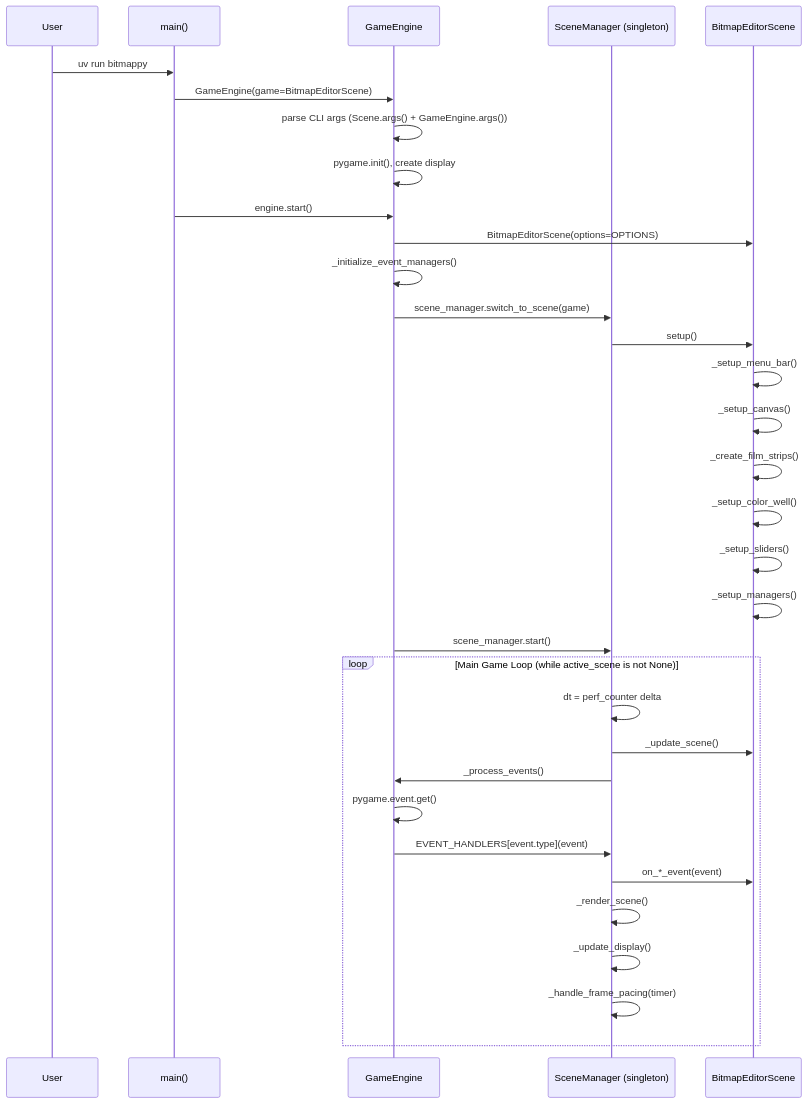
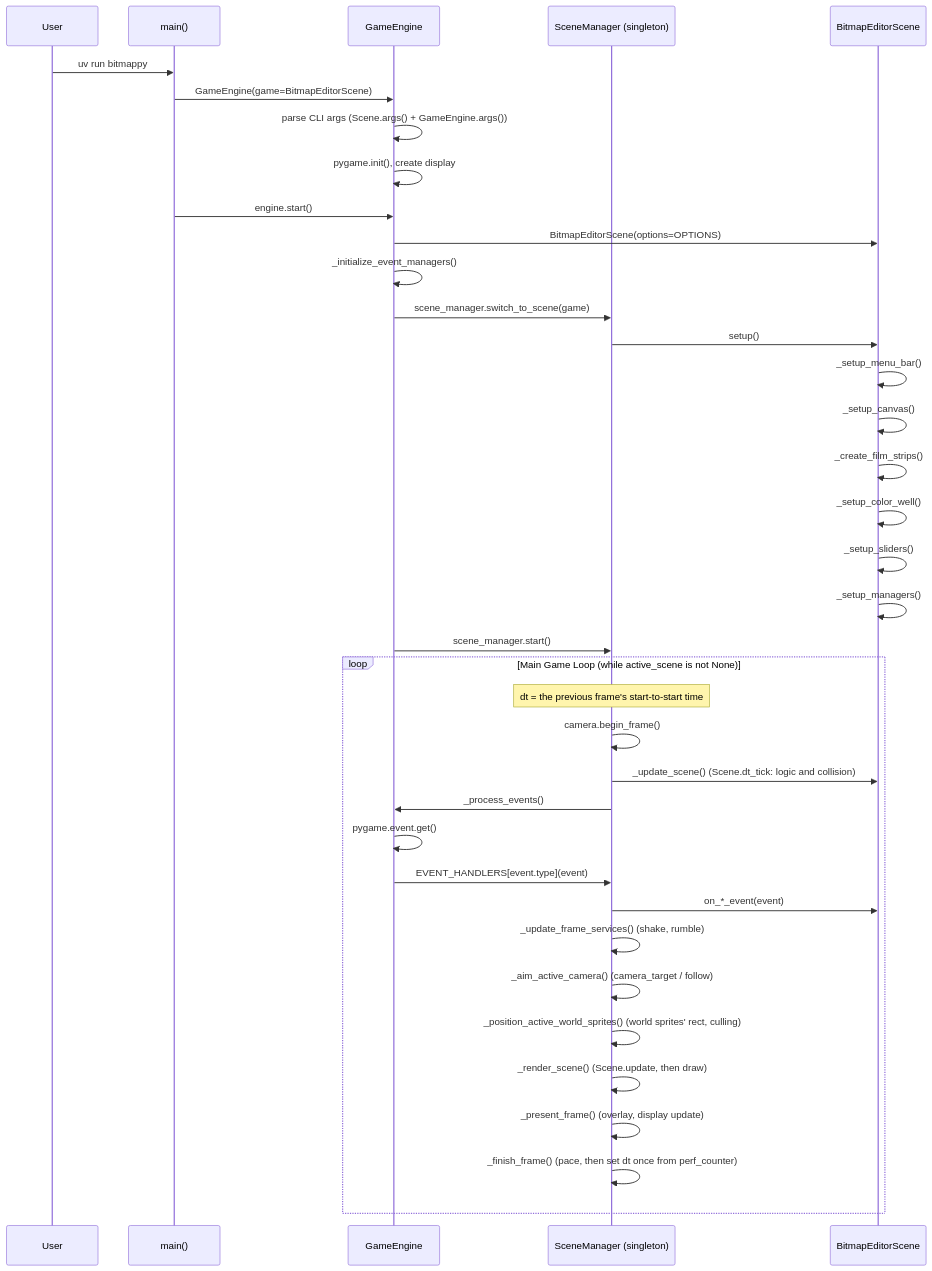
Before and after one commit to terrysimons/glitchygames: the first of 10 diagrams in docs/architecture/bitmappy.md, drawn with Mermaid. The commit also changed other lines of this file and 24 other files, not shown here.

````diff
--- a/docs/architecture/bitmappy.md
+++ b/docs/architecture/bitmappy.md
@@ -11,37 +11,41 @@
 ```mermaid
 sequenceDiagram
     participant User
     participant main as main()
     participant GE as GameEngine
     participant SM as SceneManager (singleton)
     participant BES as BitmapEditorScene
 
     User->>main: uv run bitmappy
     main->>GE: GameEngine(game=BitmapEditorScene)
     GE->>GE: parse CLI args (Scene.args() + GameEngine.args())
     GE->>GE: pygame.init(), create display
     main->>GE: engine.start()
     GE->>BES: BitmapEditorScene(options=OPTIONS)
     GE->>GE: _initialize_event_managers()
     GE->>SM: scene_manager.switch_to_scene(game)
     SM->>BES: setup()
     BES->>BES: _setup_menu_bar()
     BES->>BES: _setup_canvas()
     BES->>BES: _create_film_strips()
     BES->>BES: _setup_color_well()
     BES->>BES: _setup_sliders()
     BES->>BES: _setup_managers()
     GE->>SM: scene_manager.start()
 
     loop Main Game Loop (while active_scene is not None)
-        SM->>SM: dt = perf_counter delta
-        SM->>BES: _update_scene()
+        Note over SM: dt = the previous frame's start-to-start time
+        SM->>SM: camera.begin_frame()
+        SM->>BES: _update_scene() (Scene.dt_tick: logic and collision)
         SM->>GE: _process_events()
         GE->>GE: pygame.event.get()
         GE->>SM: EVENT_HANDLERS[event.type](event)
         SM->>BES: on_*_event(event)
-        SM->>SM: _render_scene()
-        SM->>SM: _update_display()
-        SM->>SM: _handle_frame_pacing(timer)
+        SM->>SM: _update_frame_services() (shake, rumble)
+        SM->>SM: _aim_active_camera() (camera_target / follow)
+        SM->>SM: _position_active_world_sprites() (world sprites' rect, culling)
+        SM->>SM: _render_scene() (Scene.update, then draw)
+        SM->>SM: _present_frame() (overlay, display update)
+        SM->>SM: _finish_frame() (pace, then set dt once from perf_counter)
     end
 ```
````
